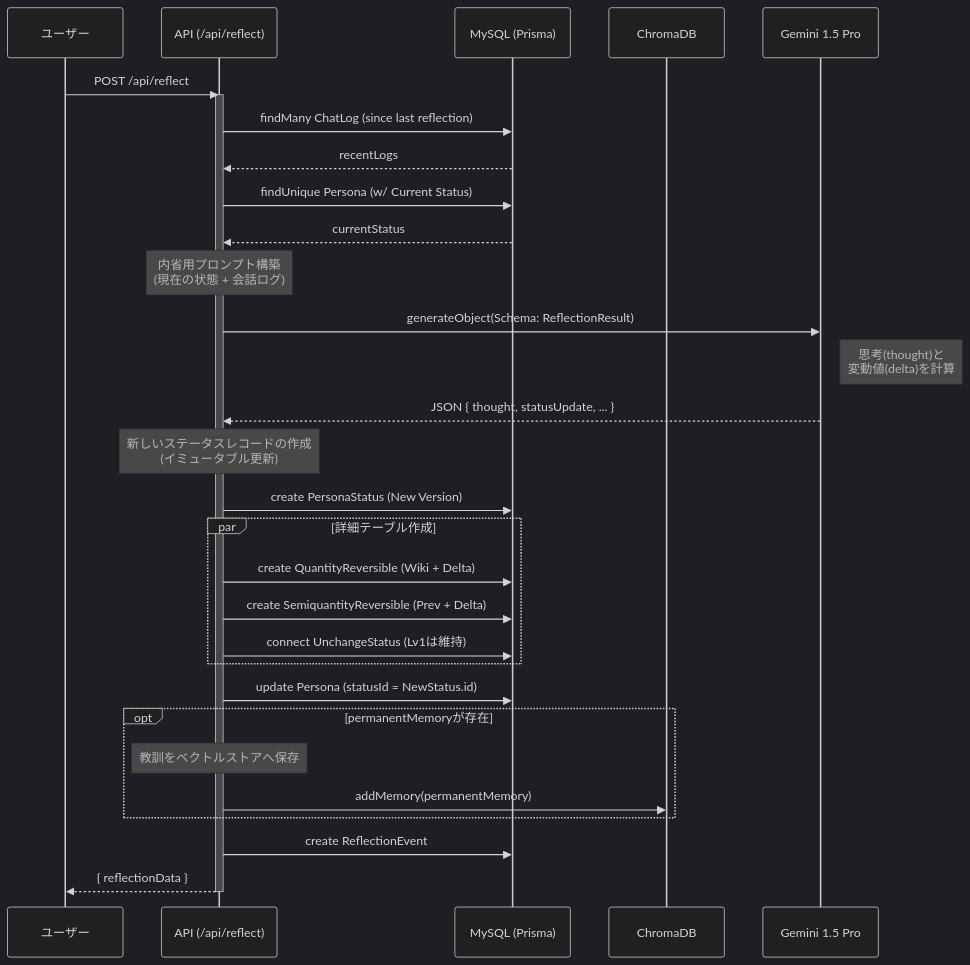
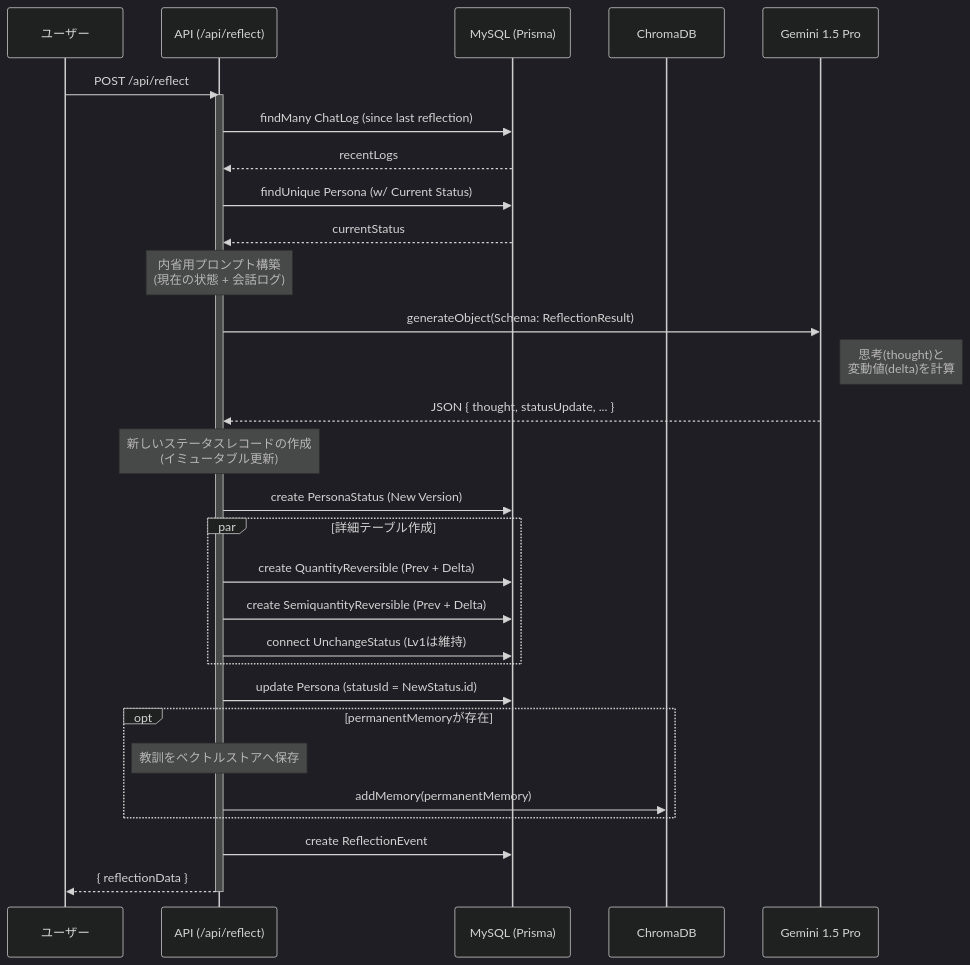
One commit to mshirai0327/self-reflection-chatbot changed the second of 2 diagrams in docs/sequence.md. Above: the diagram before and after it, drawn with Mermaid (dark theme). The commit also changed other lines of this file and 2 other files, not shown here.

````diff
--- a/docs/sequence.md
+++ b/docs/sequence.md
@@ -98,47 +98,47 @@
 ```mermaid
 sequenceDiagram
     participant U as ユーザー
     participant API as API (/api/reflect)
     participant DB as MySQL (Prisma)
     participant Vec as ChromaDB
     participant LLM as Gemini 1.5 Pro
 
     U->>API: POST /api/reflect
     activate API
 
     %% 1. データ収集
     API->>DB: findMany ChatLog (since last reflection)
     DB-->>API: recentLogs
     API->>DB: findUnique Persona (w/ Current Status)
     DB-->>API: currentStatus
 
     %% 2. 推論実行
     Note over API: 内省用プロンプト構築<br/>(現在の状態 + 会話ログ)
     API->>LLM: generateObject(Schema: ReflectionResult)
     Note right of LLM: 思考(thought)と<br/>変動値(delta)を計算
     LLM-->>API: JSON { thought, statusUpdate, ... }
 
     %% 3. ステータス更新トランザクション
     Note over API: 新しいステータスレコードの作成<br/>(イミュータブル更新)
     API->>DB: create PersonaStatus (New Version)
     
     par 詳細テーブル作成
-        API->>DB: create QuantityReversible (Wiki + Delta)
+        API->>DB: create QuantityReversible (Prev + Delta)
         API->>DB: create SemiquantityReversible (Prev + Delta)
         API->>DB: connect UnchangeStatus (Lv1は維持)
     end
     
     API->>DB: update Persona (statusId = NewStatus.id)
 
     %% 4. 恒久記憶の保存 (ある場合)
     opt permanentMemoryが存在
         Note over API: 教訓をベクトルストアへ保存
         API->>Vec: addMemory(permanentMemory)
     end
 
     %% 5. イベント記録
     API->>DB: create ReflectionEvent
 
     API-->>U: { reflectionData }
     deactivate API
 ```
````
